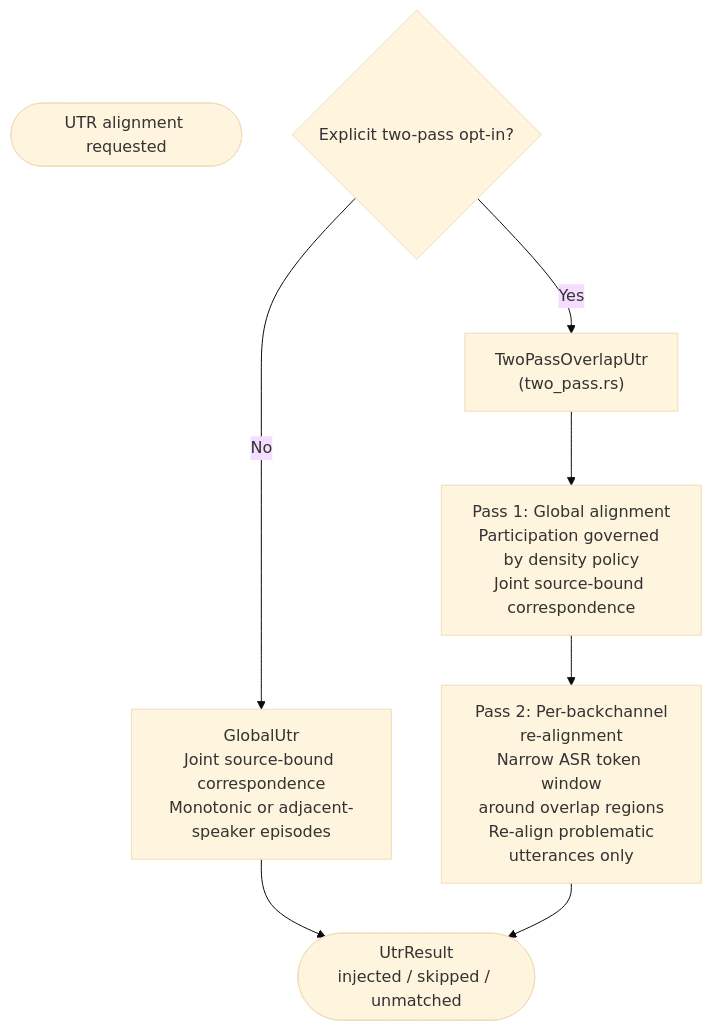
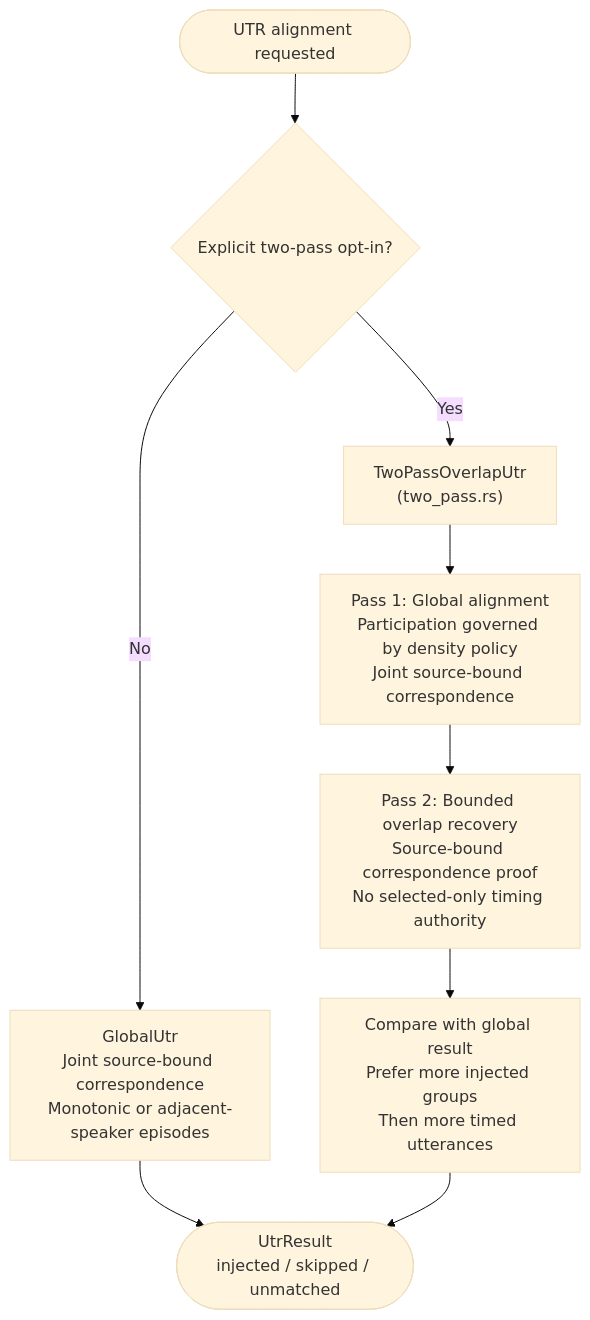
One commit to FranklinChen/talkbank-tools changed the diagram in book/src/batchalign/developer/backchannel-aware-alignment.md. Above: the diagram before and after it, drawn with Mermaid (base theme). The commit also changed other lines of this file and 61 other files, not shown here.

Commit message:
Harden bounded UTR proof and refresh qualified Chatter dependencies

````diff
--- a/book/src/batchalign/developer/backchannel-aware-alignment.md
+++ b/book/src/batchalign/developer/backchannel-aware-alignment.md
@@ -137,14 +523,16 @@
 ```mermaid
 flowchart TD
     start(["UTR alignment requested"])
     scan{"Explicit two-pass opt-in?"}
+    start --> scan
 
-    scan -->|No| global["GlobalUtr\nJoint source-bound correspondence\nMonotonic or adjacent-speaker episodes"]
+    scan -->|No| global["GlobalUtr<br/>Joint source-bound correspondence<br/>Monotonic or adjacent-speaker episodes"]
 
-    scan -->|Yes| twopass["TwoPassOverlapUtr\n(two_pass.rs)"]
-    twopass --> pass1["Pass 1: Global alignment\nParticipation governed by density policy\nJoint source-bound correspondence"]
-    pass1 --> pass2["Pass 2: Per-backchannel\nre-alignment\nNarrow ASR token window\naround overlap regions\nRe-align problematic\nutterances only"]
+    scan -->|Yes| twopass["TwoPassOverlapUtr<br/>(two_pass.rs)"]
+    twopass --> pass1["Pass 1: Global alignment<br/>Participation governed by density policy<br/>Joint source-bound correspondence"]
+    pass1 --> pass2["Pass 2: Bounded overlap recovery<br/>Source-bound correspondence proof<br/>No selected-only timing authority"]
+    pass2 --> compare["Compare with global result<br/>Prefer more injected groups<br/>Then more timed utterances"]
 
     global --> result
-    pass2 --> result(["UtrResult\ninjected / skipped / unmatched"])
+    compare --> result(["UtrResult<br/>injected / skipped / unmatched"])
 ```
````
